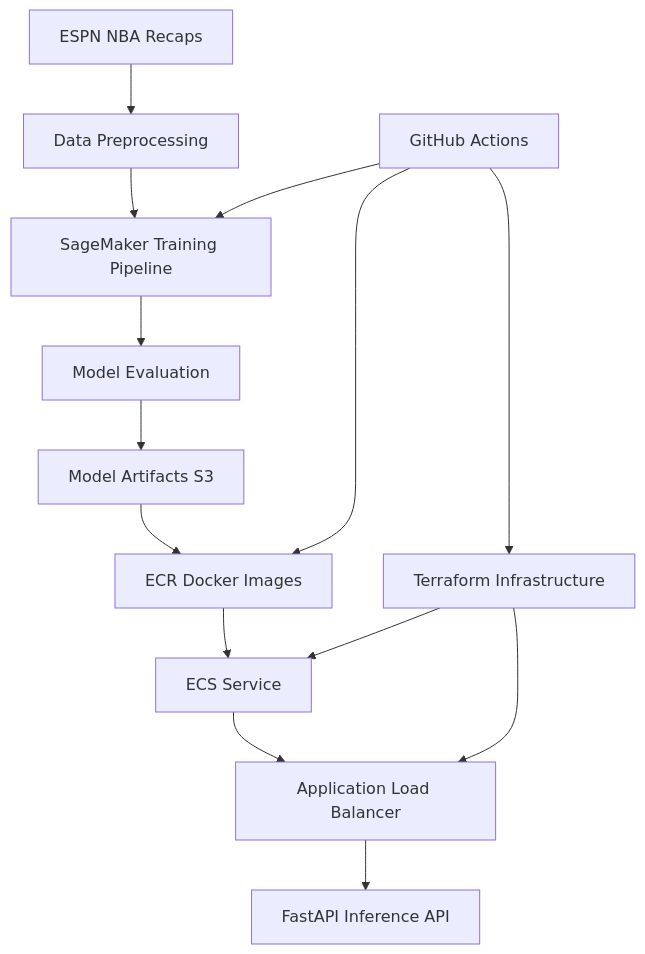
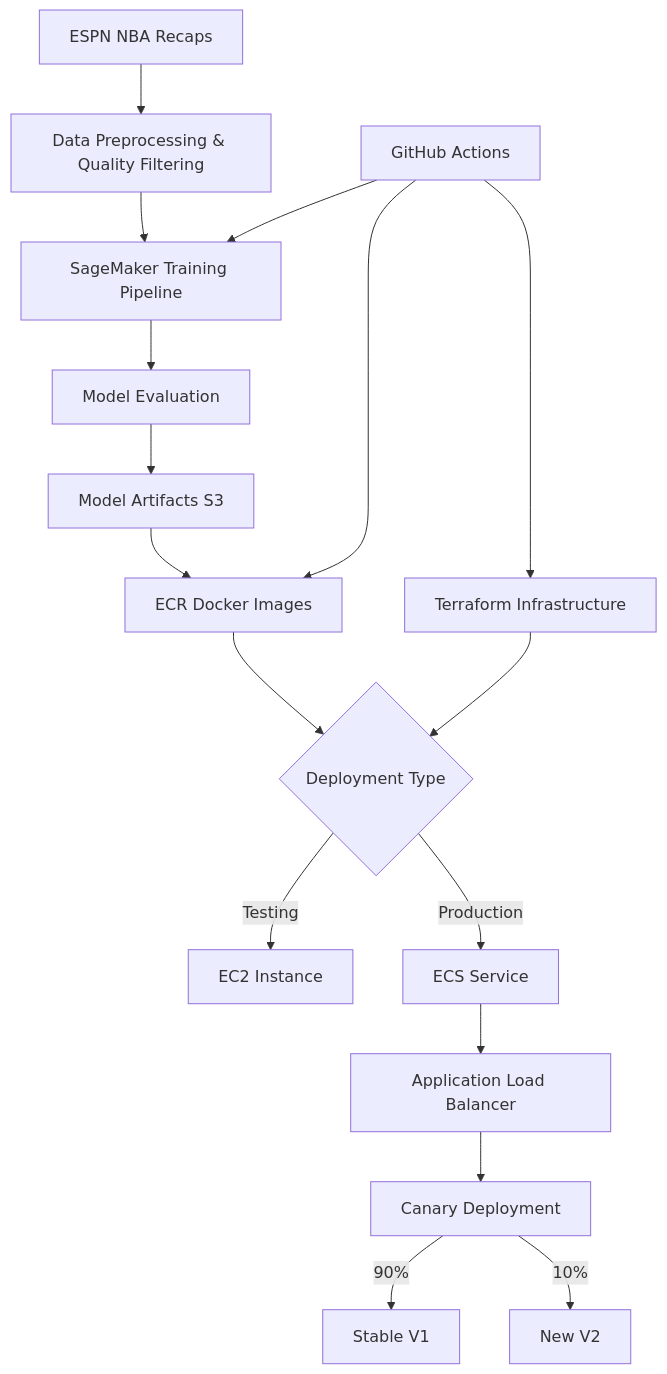
Before and after one commit to brunoleme/nba-game-recap-summarizer: the diagram in README.md, drawn with Mermaid. The commit also changed other lines of this file and 5 other files, not shown here.

````diff
--- a/README.md
+++ b/README.md
@@ -18,17 +19,20 @@
 ```mermaid
 graph TB
-    A[ESPN NBA Recaps] --> B[Data Preprocessing]
+    A[ESPN NBA Recaps] --> B[Data Preprocessing & Quality Filtering]
     B --> C[SageMaker Training Pipeline]
     C --> D[Model Evaluation]
     D --> E[Model Artifacts S3]
     E --> F[ECR Docker Images]
-    F --> G[ECS Service]
-    G --> H[Application Load Balancer]
-    H --> I[FastAPI Inference API]
+    F --> G{Deployment Type}
+    G -->|Testing| H[EC2 Instance]
+    G -->|Production| I[ECS Service]
+    I --> J[Application Load Balancer]
+    J --> K[Canary Deployment]
+    K -->|90%| L[Stable V1]
+    K -->|10%| M[New V2]
     
-    J[GitHub Actions] --> C
-    J --> F
-    J --> K[Terraform Infrastructure]
-    K --> G
-    K --> H
+    N[GitHub Actions] --> C
+    N --> F
+    N --> O[Terraform Infrastructure]
+    O --> G
 ```
````
